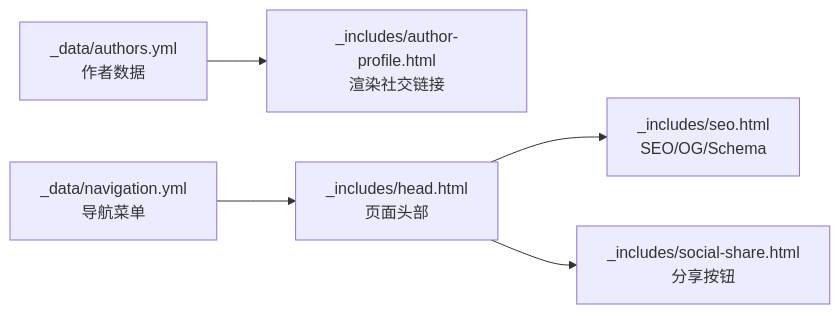
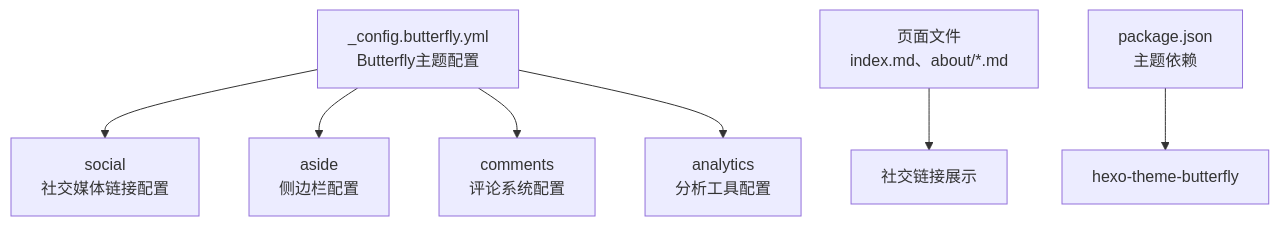
The first of 3 diagrams in .qoder/repowiki/zh/content/社交和集成功能/社交和集成功能.md (CoolPig0720/CoolPig0720.github.io), drawn with Mermaid before and after one commit. The commit also changed other lines of this file and 36 other files, not shown here.

````diff
--- a/.qoder/repowiki/zh/content/社交和集成功能/社交和集成功能.md
+++ b/.qoder/repowiki/zh/content/社交和集成功能/社交和集成功能.md
@@ -273,7 +48,9 @@
 ```mermaid
-graph LR
-A["_data/authors.yml<br/>作者数据"] --> P["_includes/author-profile.html<br/>渲染社交链接"]
-N["_data/navigation.yml<br/>导航菜单"] --> H["_includes/head.html<br/>页面头部"]
-H --> S["_includes/seo.html<br/>SEO/OG/Schema"]
-H --> SH["_includes/social-share.html<br/>分享按钮"]
+graph TB
+A["_config.butterfly.yml<br/>Butterfly主题配置"] --> B["social<br/>社交媒体链接配置"]
+A --> C["aside<br/>侧边栏配置"]
+A --> D["comments<br/>评论系统配置"]
+A --> E["analytics<br/>分析工具配置"]
+F["页面文件<br/>index.md、about/*.md"] --> G["社交链接展示"]
+H["package.json<br/>主题依赖"] --> I["hexo-theme-butterfly"]
 ```
````
